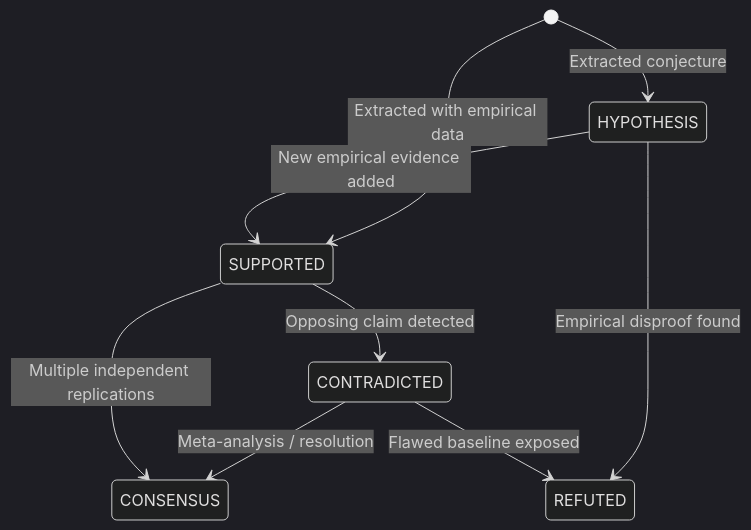
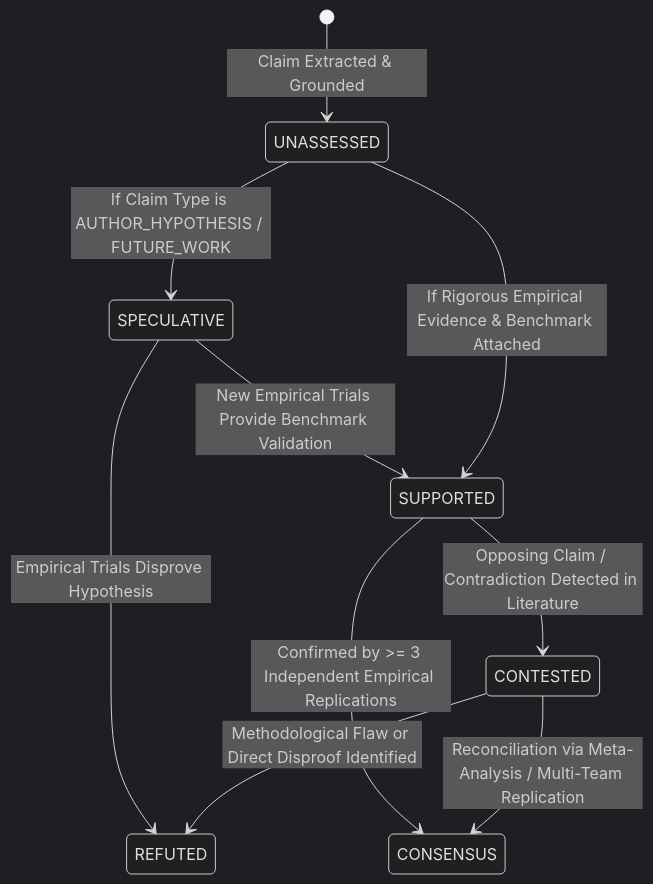
One commit to Phuchello/NCKH changed the diagram in docs/INTELLIGENCE_MODEL.md. Above: the diagram before and after it, drawn with Mermaid (dark theme). The commit also changed other lines of this file and 14 other files, not shown here.

Commit message:
fix(arch): G0.1 architecture corrections across topic cardinality, snapshot model, and epistemology

````diff
--- a/docs/INTELLIGENCE_MODEL.md
+++ b/docs/INTELLIGENCE_MODEL.md
@@ -26,14 +41,15 @@
 ```mermaid
 stateDiagram-v2
-    [*] --> HYPOTHESIS: Extracted conjecture
-    [*] --> SUPPORTED: Extracted with empirical data
+    [*] --> UNASSESSED: Claim Extracted & Grounded
     
-    SUPPORTED --> CONTRADICTED: Opposing claim detected
-    HYPOTHESIS --> SUPPORTED: New empirical evidence added
-    HYPOTHESIS --> REFUTED: Empirical disproof found
+    UNASSESSED --> SPECULATIVE: If Claim Type is AUTHOR_HYPOTHESIS / FUTURE_WORK
+    UNASSESSED --> SUPPORTED: If Rigorous Empirical Evidence & Benchmark Attached
     
-    CONTRADICTED --> CONSENSUS: Meta-analysis / resolution
-    CONTRADICTED --> REFUTED: Flawed baseline exposed
+    SUPPORTED --> CONTESTED: Opposing Claim / Contradiction Detected in Literature
+    CONTESTED --> REFUTED: Methodological Flaw or Direct Disproof Identified
+    CONTESTED --> CONSENSUS: Reconciliation via Meta-Analysis / Multi-Team Replication
     
-    SUPPORTED --> CONSENSUS: Multiple independent replications
+    SUPPORTED --> CONSENSUS: Confirmed by >= 3 Independent Empirical Replications
+    SPECULATIVE --> SUPPORTED: New Empirical Trials Provide Benchmark Validation
+    SPECULATIVE --> REFUTED: Empirical Trials Disprove Hypothesis
 ```
````
